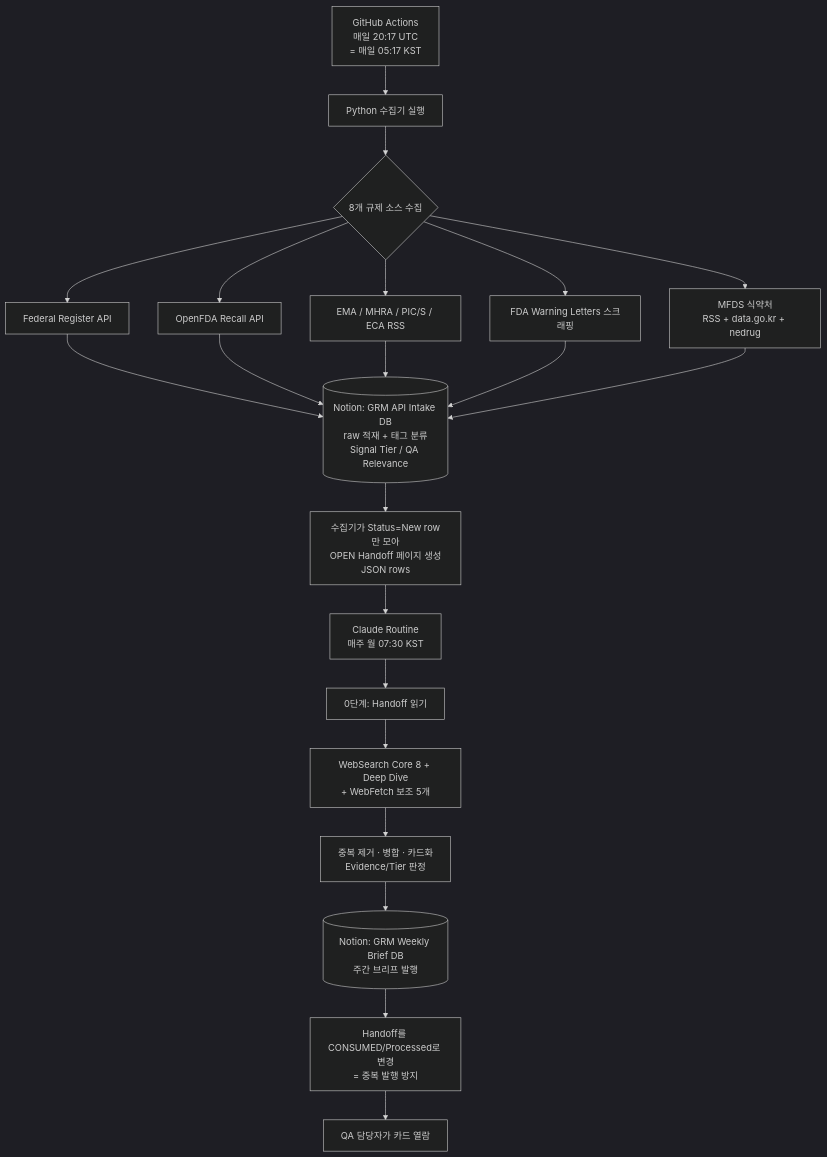
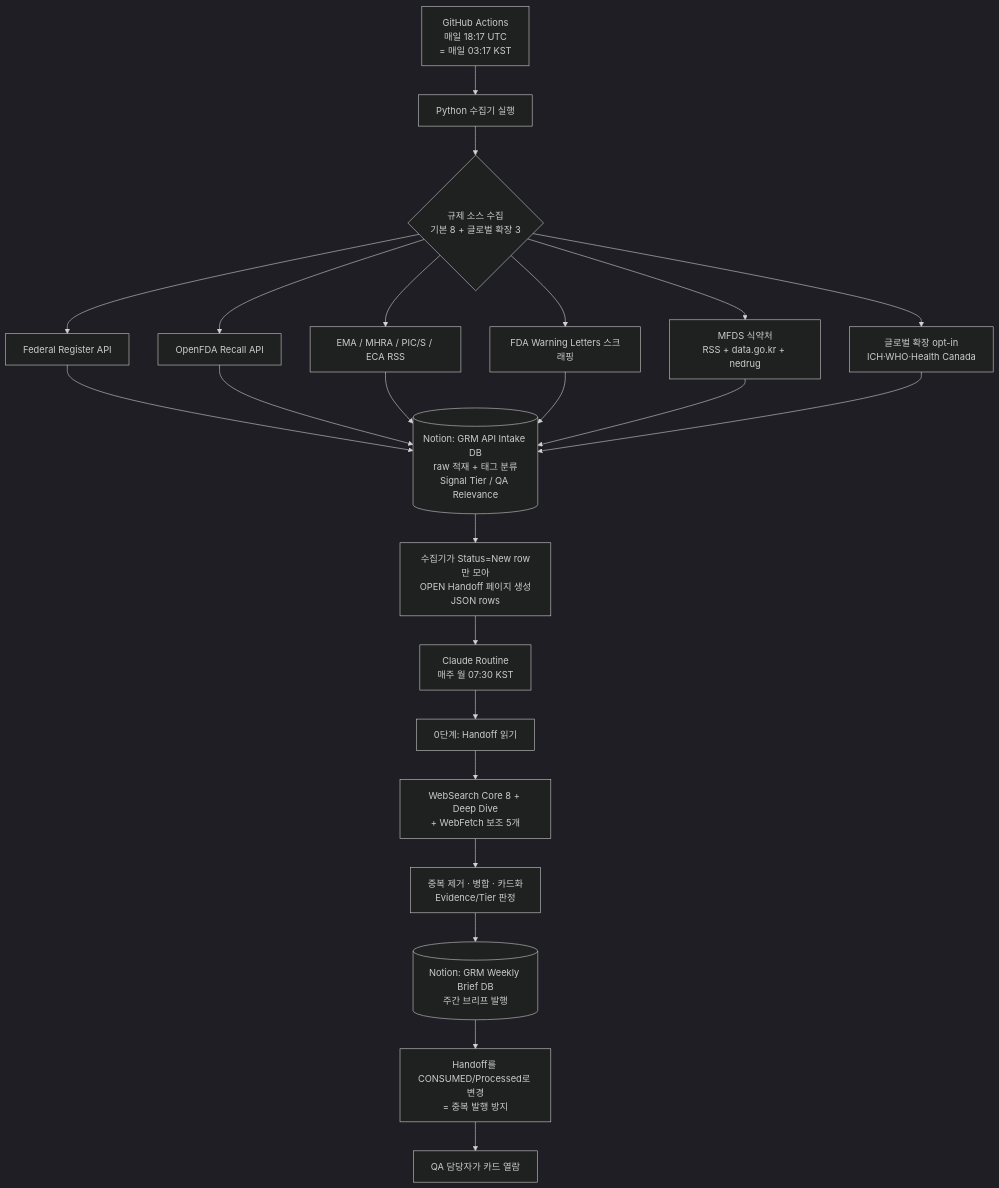
Before and after one commit to MINHOYEOM/grm-api-intake: the diagram in GRM_SYSTEM.md, drawn with Mermaid (dark theme). The commit also changed other lines of this file and 21 other files, not shown here.

First line of the commit message:
feat: P0 MFDS 보강 + P1 글로벌 확장 + 운영 health check·cron 조정

````diff
--- a/GRM_SYSTEM.md
+++ b/GRM_SYSTEM.md
@@ -106,19 +112,20 @@
 ```mermaid
 flowchart TD
-    A[GitHub Actions<br/>매일 20:17 UTC<br/>= 매일 05:17 KST] --> B[Python 수집기 실행]
-    B --> C{8개 규제 소스 수집}
+    A[GitHub Actions<br/>매일 18:17 UTC<br/>= 매일 03:17 KST] --> B[Python 수집기 실행]
+    B --> C{규제 소스 수집<br/>기본 8 + 글로벌 확장 3}
     C --> C1[Federal Register API]
     C --> C2[OpenFDA Recall API]
     C --> C3[EMA / MHRA / PIC/S / ECA RSS]
     C --> C4[FDA Warning Letters 스크래핑]
     C --> C5[MFDS 식약처<br/>RSS + data.go.kr + nedrug]
-    C1 & C2 & C3 & C4 & C5 --> D[(Notion: GRM API Intake DB<br/>raw 적재 + 태그 분류<br/>Signal Tier / QA Relevance)]
+    C --> C6[글로벌 확장 opt-in<br/>ICH·WHO·Health Canada]
+    C1 & C2 & C3 & C4 & C5 & C6 --> D[(Notion: GRM API Intake DB<br/>raw 적재 + 태그 분류<br/>Signal Tier / QA Relevance)]
     D --> E[수집기가 Status=New row만 모아<br/>OPEN Handoff 페이지 생성<br/>JSON rows]
     E --> F[Claude Routine<br/>매주 월 07:30 KST]
     F --> G[0단계: Handoff 읽기]
     G --> H[WebSearch Core 8 + Deep Dive<br/>+ WebFetch 보조 5개]
     H --> I[중복 제거 · 병합 · 카드화<br/>Evidence/Tier 판정]
     I --> J[(Notion: GRM Weekly Brief DB<br/>주간 브리프 발행)]
     J --> K[Handoff를 CONSUMED/Processed로 변경<br/>= 중복 발행 방지]
     K --> L[QA 담당자가 카드 열람]
 ```
````
